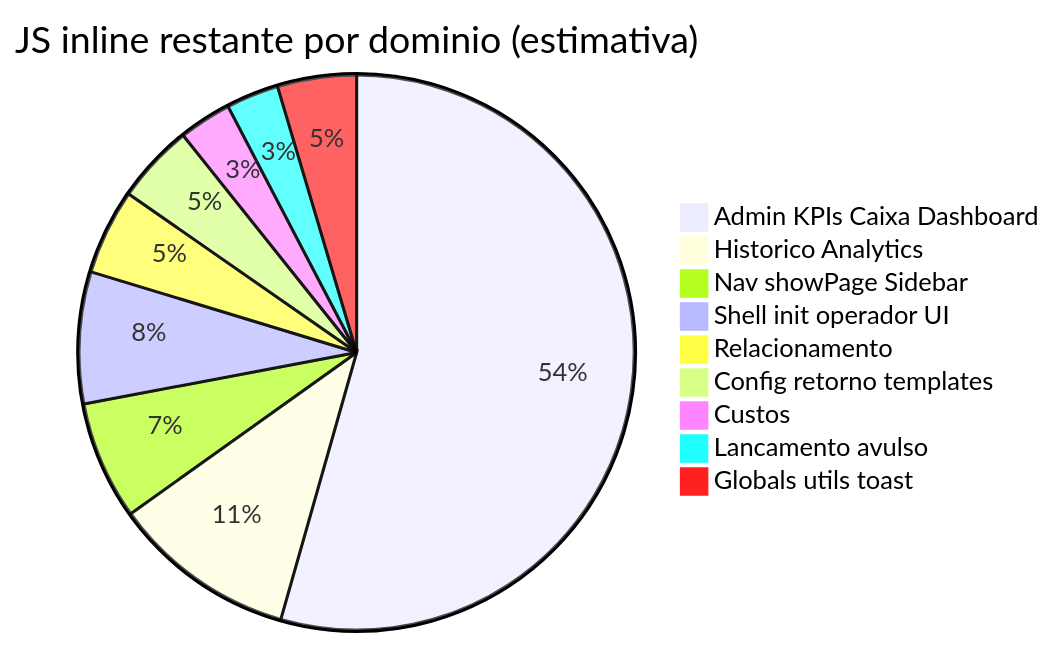
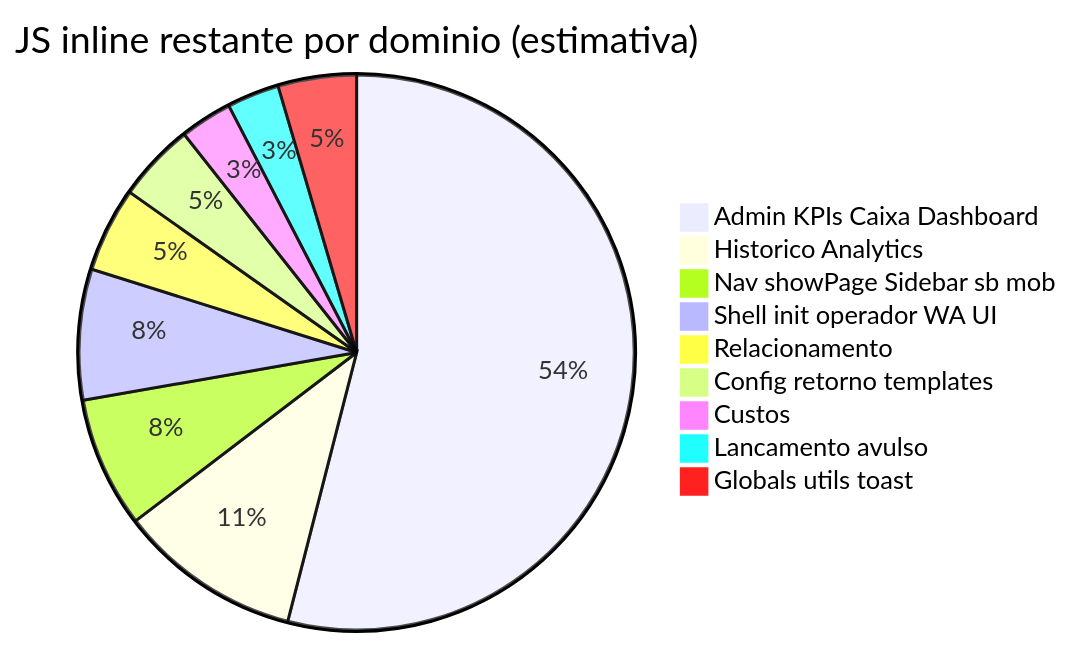
One commit to ribocg-a11y/movikids changed the first of 2 diagrams in docs/ativos/PACOTE_M_MODULARIZACAO.md. Above: the diagram before and after it, drawn with Mermaid. The commit also changed other lines of this file and 7 other files, not shown here.

````diff
--- a/docs/ativos/PACOTE_M_MODULARIZACAO.md
+++ b/docs/ativos/PACOTE_M_MODULARIZACAO.md
@@ -27,12 +30,12 @@
 ```mermaid
 pie title JS inline restante por dominio (estimativa)
     "Admin KPIs Caixa Dashboard" : 1420
     "Historico Analytics" : 280
-    "Nav showPage Sidebar" : 180
-    "Shell init operador UI" : 200
+    "Nav showPage Sidebar sb mob" : 200
+    "Shell init operador WA UI" : 200
     "Relacionamento" : 130
     "Config retorno templates" : 120
     "Custos" : 80
     "Lancamento avulso" : 80
     "Globals utils toast" : 120
 ```
````
